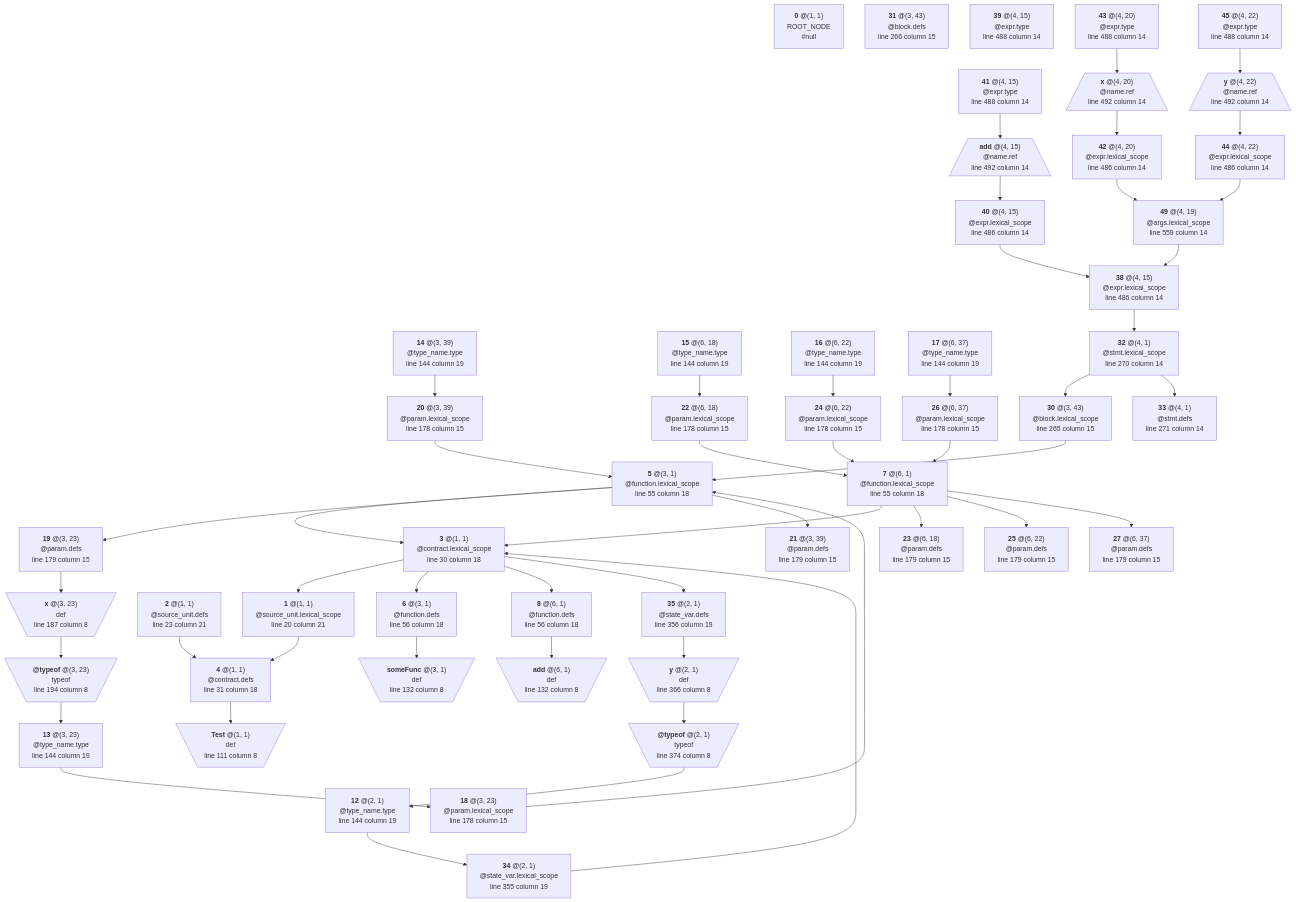
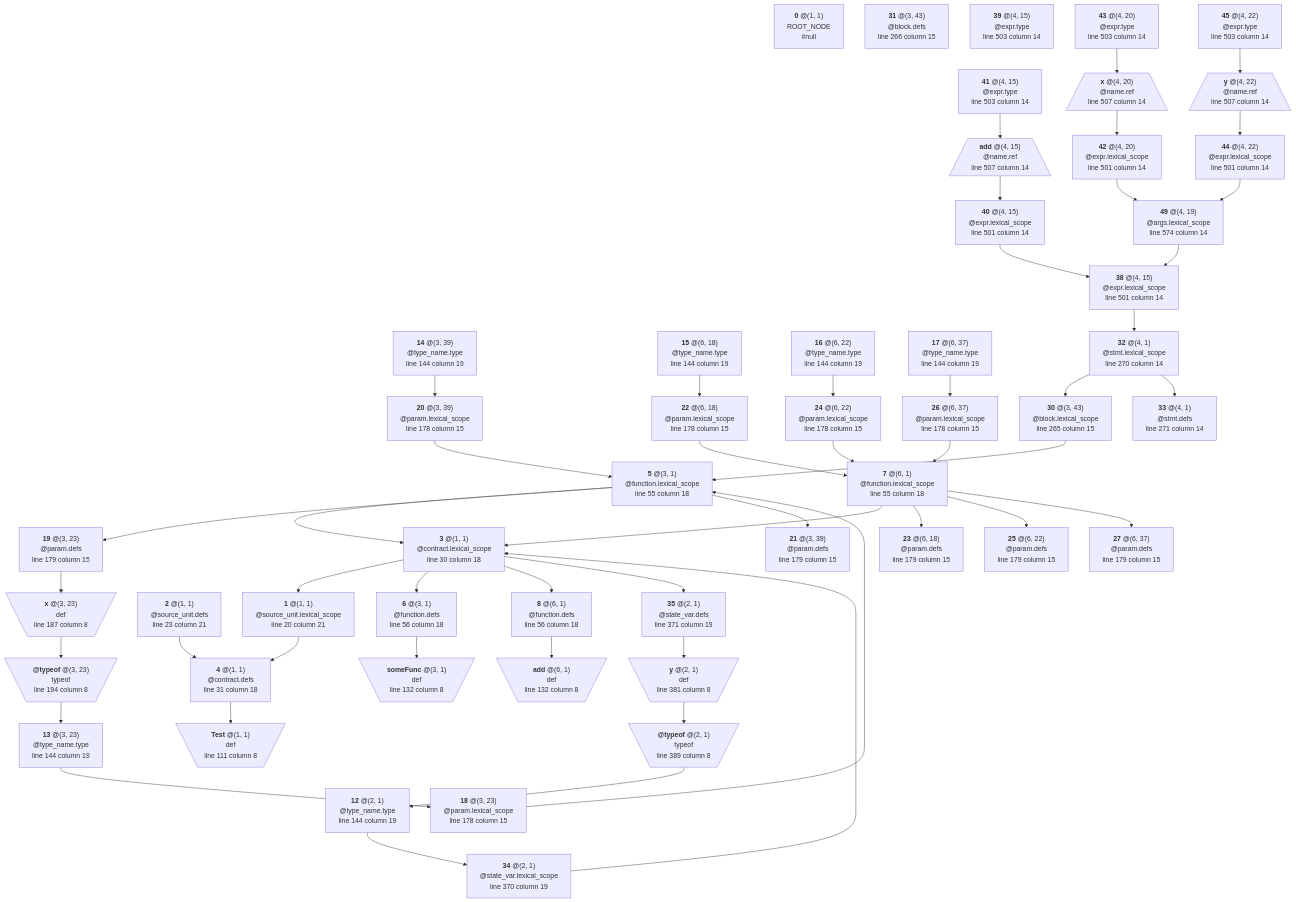
The diagram in crates/solidity/testing/snapshots/bindings_output/expressions/generated/funcalls.sol-0.5.0.mmd (manastech/slang), drawn with Mermaid before and after one commit. The commit also changed 21 other files, not shown here.

```diff
--- a/crates/solidity/testing/snapshots/bindings_output/expressions/generated/funcalls.sol-0.5.0.mmd
+++ b/crates/solidity/testing/snapshots/bindings_output/expressions/generated/funcalls.sol-0.5.0.mmd
@@ -1,199 +1,199 @@
 graph TD
 	N0["`**0** @(1, 1)
 ROOT_NODE
 #null`"]
 	N1["`**1** @(1, 1)
 @source_unit.lexical_scope
 line 20 column 21`"]
 	N1 --> N4
 	N2["`**2** @(1, 1)
 @source_unit.defs
 line 23 column 21`"]
 	N2 --> N4
 	N3["`**3** @(1, 1)
 @contract.lexical_scope
 line 30 column 18`"]
 	N3 --> N1
 	N3 --> N6
 	N3 --> N8
 	N3 --> N35
 	N4["`**4** @(1, 1)
 @contract.defs
 line 31 column 18`"]
 	N4 --> N9
 	N5["`**5** @(3, 1)
 @function.lexical_scope
 line 55 column 18`"]
 	N5 --> N3
 	N5 --> N19
 	N5 --> N21
 	N6["`**6** @(3, 1)
 @function.defs
 line 56 column 18`"]
 	N6 --> N10
 	N7["`**7** @(6, 1)
 @function.lexical_scope
 line 55 column 18`"]
 	N7 --> N3
 	N7 --> N23
 	N7 --> N25
 	N7 --> N27
 	N8["`**8** @(6, 1)
 @function.defs
 line 56 column 18`"]
 	N8 --> N11
 	N9[\"`**Test** @(1, 1)
 def
 line 111 column 8`"/]
 	N10[\"`**someFunc** @(3, 1)
 def
 line 132 column 8`"/]
 	N11[\"`**add** @(6, 1)
 def
 line 132 column 8`"/]
 	N12["`**12** @(2, 1)
 @type_name.type
 line 144 column 19`"]
 	N12 --> N34
 	N13["`**13** @(3, 23)
 @type_name.type
 line 144 column 19`"]
 	N13 --> N18
 	N14["`**14** @(3, 39)
 @type_name.type
 line 144 column 19`"]
 	N14 --> N20
 	N15["`**15** @(6, 18)
 @type_name.type
 line 144 column 19`"]
 	N15 --> N22
 	N16["`**16** @(6, 22)
 @type_name.type
 line 144 column 19`"]
 	N16 --> N24
 	N17["`**17** @(6, 37)
 @type_name.type
 line 144 column 19`"]
 	N17 --> N26
 	N18["`**18** @(3, 23)
 @param.lexical_scope
 line 178 column 15`"]
 	N18 --> N5
 	N19["`**19** @(3, 23)
 @param.defs
 line 179 column 15`"]
 	N19 --> N28
 	N20["`**20** @(3, 39)
 @param.lexical_scope
 line 178 column 15`"]
 	N20 --> N5
 	N21["`**21** @(3, 39)
 @param.defs
 line 179 column 15`"]
 	N22["`**22** @(6, 18)
 @param.lexical_scope
 line 178 column 15`"]
 	N22 --> N7
 	N23["`**23** @(6, 18)
 @param.defs
 line 179 column 15`"]
 	N24["`**24** @(6, 22)
 @param.lexical_scope
 line 178 column 15`"]
 	N24 --> N7
 	N25["`**25** @(6, 22)
 @param.defs
 line 179 column 15`"]
 	N26["`**26** @(6, 37)
 @param.lexical_scope
 line 178 column 15`"]
 	N26 --> N7
 	N27["`**27** @(6, 37)
 @param.defs
 line 179 column 15`"]
 	N28[\"`**x** @(3, 23)
 def
 line 187 column 8`"/]
 	N28 --> N29
 	N29[\"`**@typeof** @(3, 23)
 typeof
 line 194 column 8`"/]
 	N29 --> N13
 	N30["`**30** @(3, 43)
 @block.lexical_scope
 line 265 column 15`"]
 	N30 --> N5
 	N31["`**31** @(3, 43)
 @block.defs
 line 266 column 15`"]
 	N32["`**32** @(4, 1)
 @stmt.lexical_scope
 line 270 column 14`"]
 	N32 --> N30
 	N32 --> N33
 	N33["`**33** @(4, 1)
 @stmt.defs
 line 271 column 14`"]
 	N34["`**34** @(2, 1)
 @state_var.lexical_scope
-line 355 column 19`"]
+line 370 column 19`"]
 	N34 --> N3
 	N35["`**35** @(2, 1)
 @state_var.defs
-line 356 column 19`"]
+line 371 column 19`"]
 	N35 --> N36
 	N36[\"`**y** @(2, 1)
 def
-line 366 column 8`"/]
+line 381 column 8`"/]
 	N36 --> N37
 	N37[\"`**@typeof** @(2, 1)
 typeof
-line 374 column 8`"/]
+line 389 column 8`"/]
 	N37 --> N12
 	N38["`**38** @(4, 15)
 @expr.lexical_scope
-line 486 column 14`"]
+line 501 column 14`"]
 	N38 --> N32
 	N39["`**39** @(4, 15)
 @expr.type
-line 488 column 14`"]
+line 503 column 14`"]
 	N40["`**40** @(4, 15)
 @expr.lexical_scope
-line 486 column 14`"]
+line 501 column 14`"]
 	N40 --> N38
 	N41["`**41** @(4, 15)
 @expr.type
-line 488 column 14`"]
+line 503 column 14`"]
 	N41 --> N46
 	N42["`**42** @(4, 20)
 @expr.lexical_scope
-line 486 column 14`"]
+line 501 column 14`"]
 	N42 --> N49
 	N43["`**43** @(4, 20)
 @expr.type
-line 488 column 14`"]
+line 503 column 14`"]
 	N43 --> N47
 	N44["`**44** @(4, 22)
 @expr.lexical_scope
-line 486 column 14`"]
+line 501 column 14`"]
 	N44 --> N49
 	N45["`**45** @(4, 22)
 @expr.type
-line 488 column 14`"]
+line 503 column 14`"]
 	N45 --> N48
 	N46[/"`**add** @(4, 15)
 @name.ref
-line 492 column 14`"\]
+line 507 column 14`"\]
 	N46 --> N40
 	N47[/"`**x** @(4, 20)
 @name.ref
-line 492 column 14`"\]
+line 507 column 14`"\]
 	N47 --> N42
 	N48[/"`**y** @(4, 22)
 @name.ref
-line 492 column 14`"\]
+line 507 column 14`"\]
 	N48 --> N44
 	N49["`**49** @(4, 19)
 @args.lexical_scope
-line 559 column 14`"]
+line 574 column 14`"]
 	N49 --> N38
```
